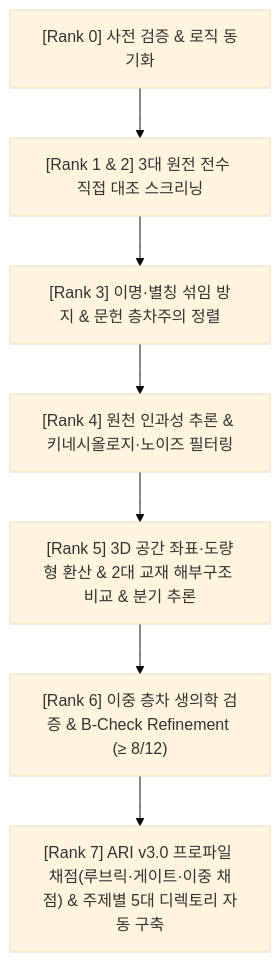
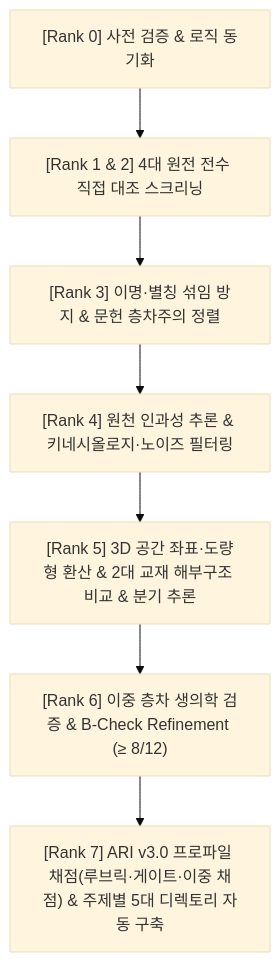
One commit to jaehyokim-sketch/acupoint_anatomy changed the second of 2 diagrams in framework/acupoint_anatomical_logic_framework.md. Above: the diagram before and after it, drawn with Mermaid (base theme). The commit also changed other lines of this file and 45 other files, not shown here.

````diff
--- a/framework/acupoint_anatomical_logic_framework.md
+++ b/framework/acupoint_anatomical_logic_framework.md
@@ -84,9 +85,9 @@
 ```mermaid
 graph TD
-    R0["[Rank 0] 사전 검증 & 로직 동기화"] --> R1["[Rank 1 & 2] 3대 원전 전수 직접 대조 스크리닝"]
+    R0["[Rank 0] 사전 검증 & 로직 동기화"] --> R1["[Rank 1 & 2] 4대 원전 전수 직접 대조 스크리닝"]
     R1 --> R3["[Rank 3] 이명·별칭 섞임 방지 & 문헌 층차주의 정렬"]
     R3 --> R4["[Rank 4] 원천 인과성 추론 & 키네시올로지·노이즈 필터링"]
     R4 --> R5["[Rank 5] 3D 공간 좌표·도량형 환산 & 2대 교재 해부구조 비교 & 분기 추론"]
     R5 --> R6["[Rank 6] 이중 층차 생의학 검증 & B-Check Refinement (≥ 8/12)"]
     R6 --> R7["[Rank 7] ARI v3.0 프로파일 채점(루브릭·게이트·이중 채점) & 주제별 5대 디렉토리 자동 구축"]
 ```
````
